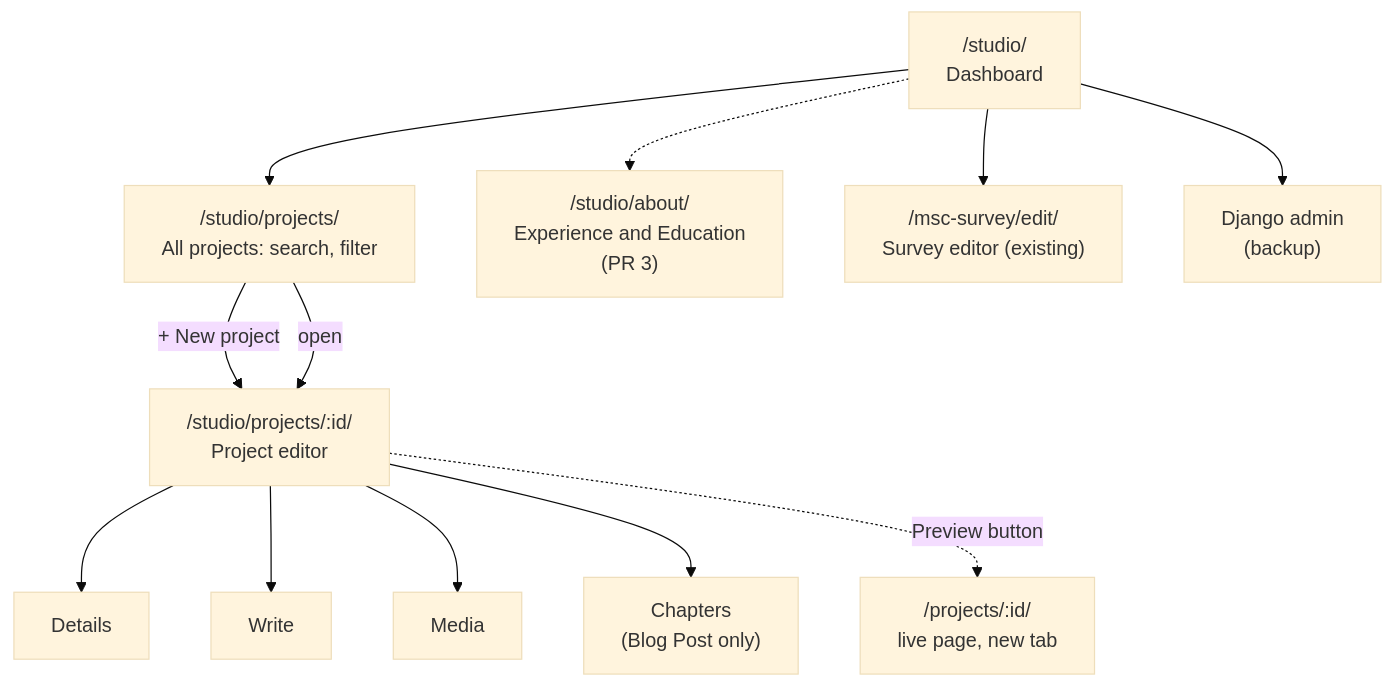
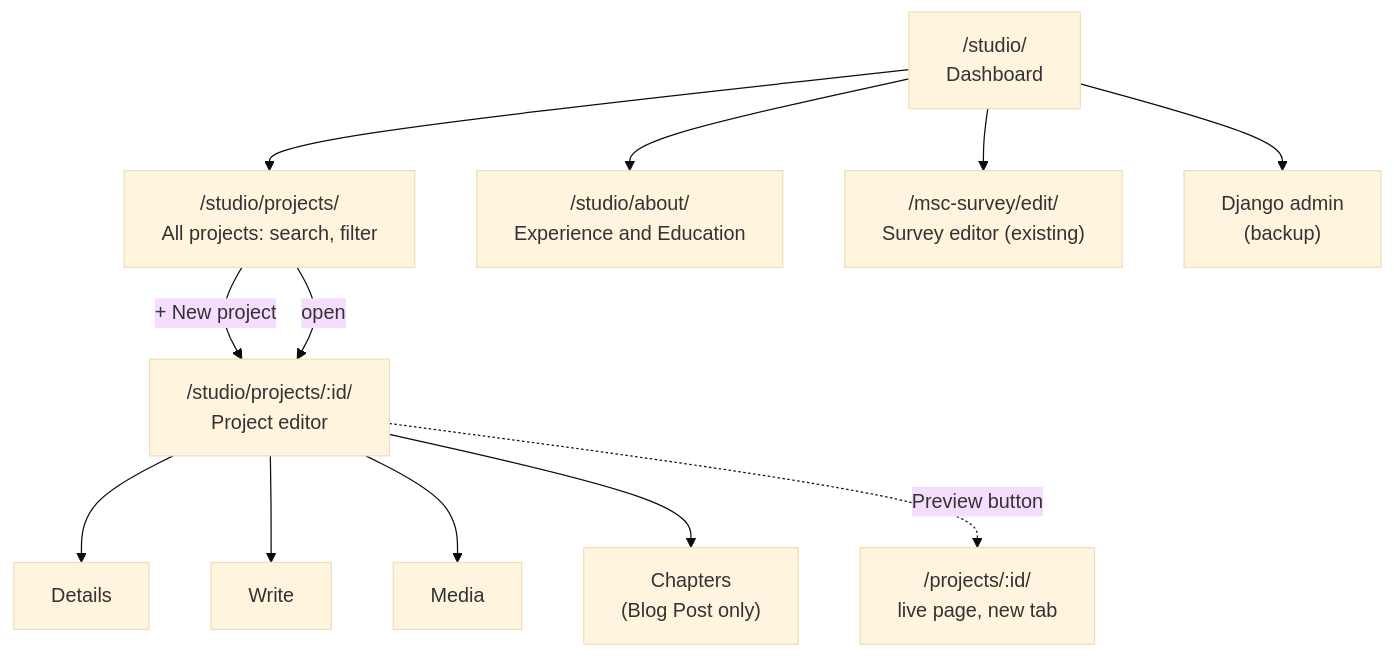
Before and after one commit to adhenzmiranda/am-portfolio-website: the first of 3 diagrams in docs/STUDIO_ARCHITECTURE.md, drawn with Mermaid (base theme). The commit also changed other lines of this file and 11 other files, not shown here.

First line of the commit message:
Studio: About page editor for Experience and Education

````diff
--- a/docs/STUDIO_ARCHITECTURE.md
+++ b/docs/STUDIO_ARCHITECTURE.md
@@ -31,14 +31,14 @@
 ```mermaid
 flowchart TD
     D["/studio/<br/>Dashboard"] --> P["/studio/projects/<br/>All projects: search, filter"]
-    D -.-> A["/studio/about/<br/>Experience and Education<br/>(PR 3)"]
+    D --> A["/studio/about/<br/>Experience and Education"]
     D --> S["/msc-survey/edit/<br/>Survey editor (existing)"]
     D --> X["Django admin<br/>(backup)"]
     P -->|"+ New project"| E
     P -->|open| E["/studio/projects/:id/<br/>Project editor"]
     E --> T1["Details"]
     E --> T2["Write"]
     E --> T3["Media"]
     E --> T4["Chapters<br/>(Blog Post only)"]
     E -.->|Preview button| L["/projects/:id/<br/>live page, new tab"]
 ```
````
